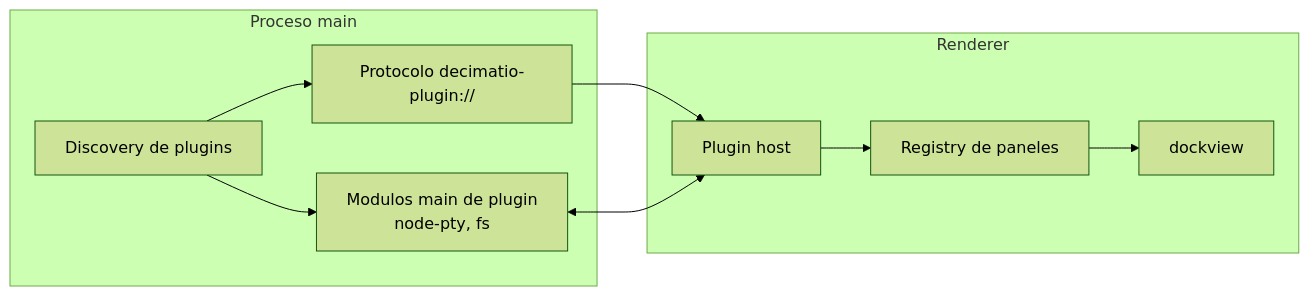
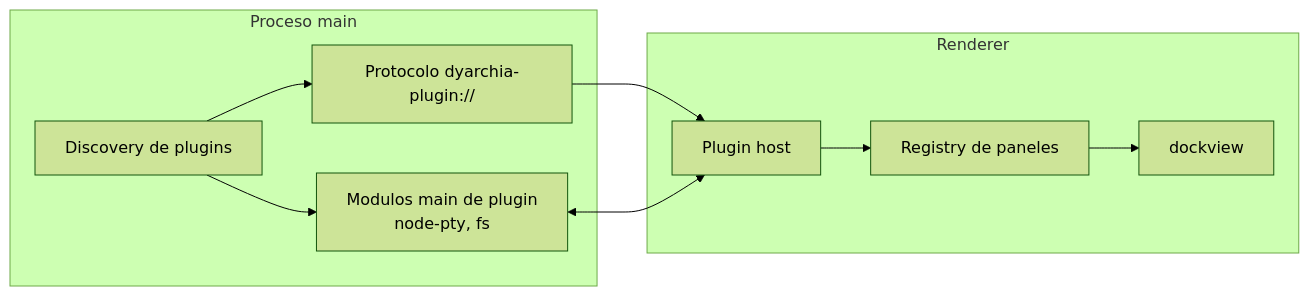
One commit to Dyarchia/dyarchia-desktop changed the diagram in README.md. Above: the diagram before and after it, drawn with Mermaid (forest theme). The commit also changed other lines of this file and 32 other files, not shown here.

First line of the commit message:
chore(brand): rename Decimatio to Dyarchia

````diff
--- a/README.md
+++ b/README.md
@@ -16,13 +16,13 @@
 ```mermaid
 flowchart LR
     subgraph main [Proceso main]
-        D[Discovery de plugins] --> P[Protocolo decimatio-plugin://]
+        D[Discovery de plugins] --> P[Protocolo dyarchia-plugin://]
         D --> M[Modulos main de plugin<br/>node-pty, fs]
     end
     subgraph renderer [Renderer]
         H[Plugin host] --> R[Registry de paneles]
         R --> V[dockview]
     end
     P --> H
     M <--> H
 ```
````
